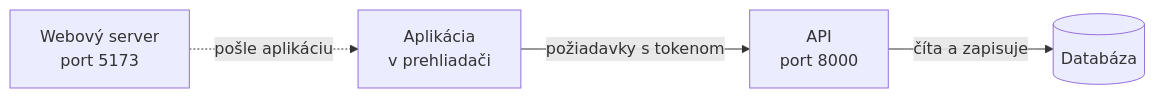
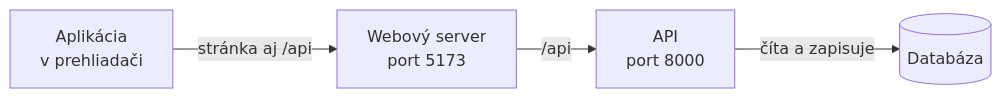
One commit to Matus1232/car-fleet- changed the first of 3 diagrams in README.md. Above: the diagram before and after it, drawn with Mermaid. The commit also changed other lines of this file and 36 other files, not shown here.

````diff
--- a/README.md
+++ b/README.md
@@ -80,6 +91,6 @@
 ```mermaid
 flowchart LR
-    W["Webový server<br>port 5173"] -. "pošle aplikáciu" .-> F["Aplikácia<br>v prehliadači"]
-    F -- "požiadavky s tokenom" --> A["API<br>port 8000"]
+    F["Aplikácia<br>v prehliadači"] -- "stránka aj /api" --> W["Webový server<br>port 5173"]
+    W -- "/api" --> A["API<br>port 8000"]
     A -- "číta a zapisuje" --> D[("Databáza")]
 ```
````
